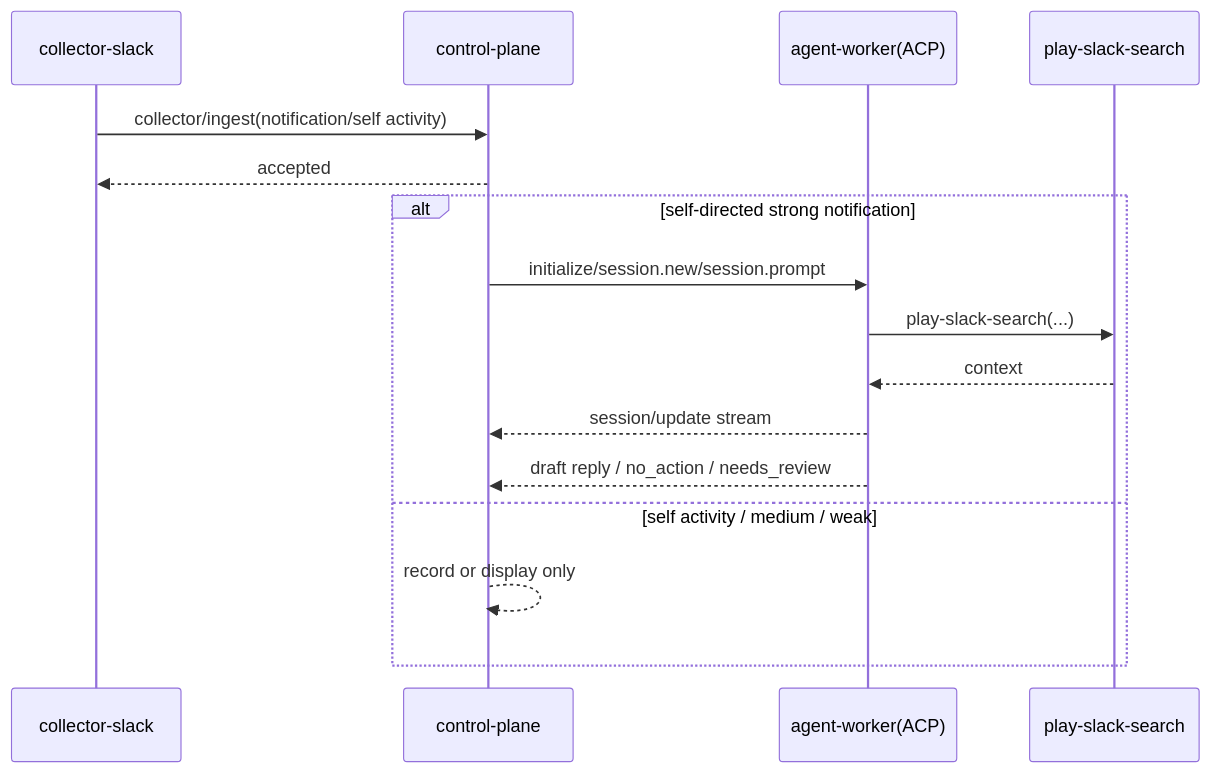
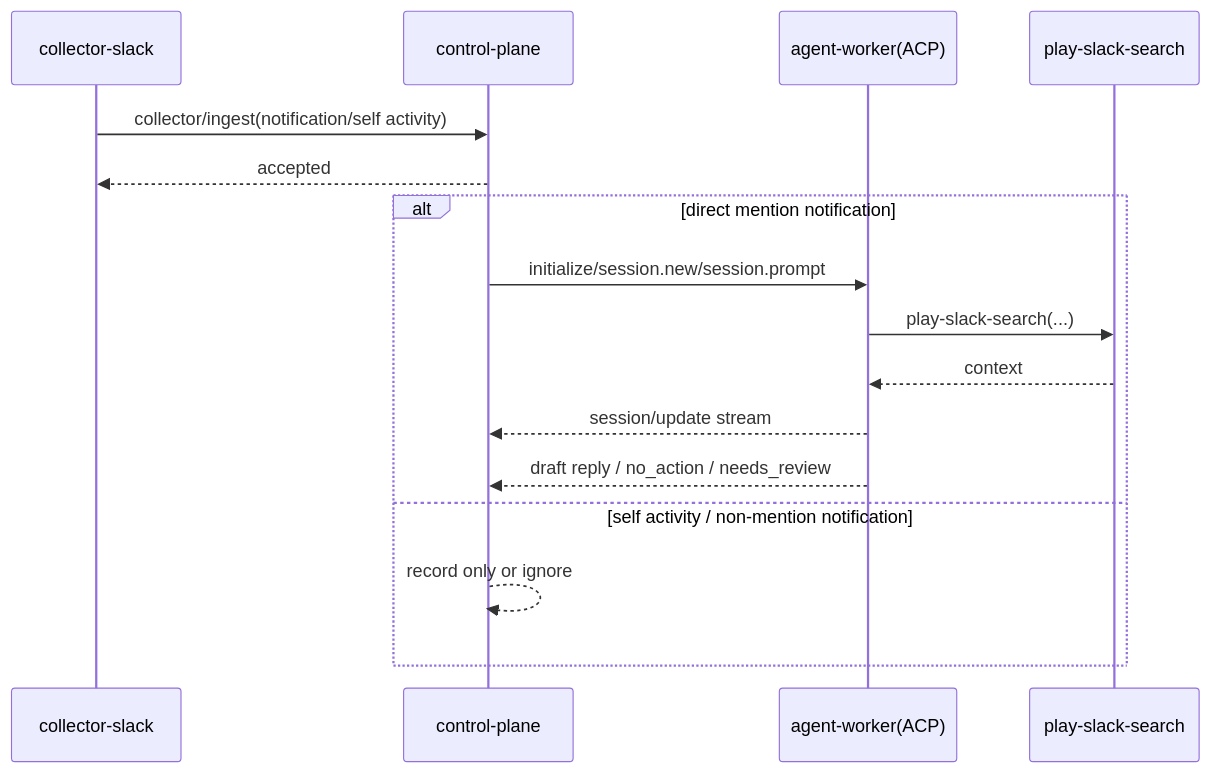
The third of 4 diagrams in doc/spec.md (masahide/adjutant), drawn with Mermaid before and after one commit. The commit also changed other lines of this file and 1 other file, not shown here.

````diff
--- a/doc/spec.md
+++ b/doc/spec.md
@@ -590,19 +588,19 @@
 ```mermaid
 sequenceDiagram
   participant C as collector-slack
   participant CP as control-plane
   participant AW as agent-worker(ACP)
   participant T as play-slack-search
 
   C->>CP: collector/ingest(notification/self activity)
   CP-->>C: accepted
-  alt self-directed strong notification
+  alt direct mention notification
     CP->>AW: initialize/session.new/session.prompt
     AW->>T: play-slack-search(...)
     T-->>AW: context
     AW-->>CP: session/update stream
     AW-->>CP: draft reply / no_action / needs_review
-  else self activity / medium / weak
-    CP-->>CP: record or display only
+  else self activity / non-mention notification
+    CP-->>CP: record only or ignore
   end
 ```
````
